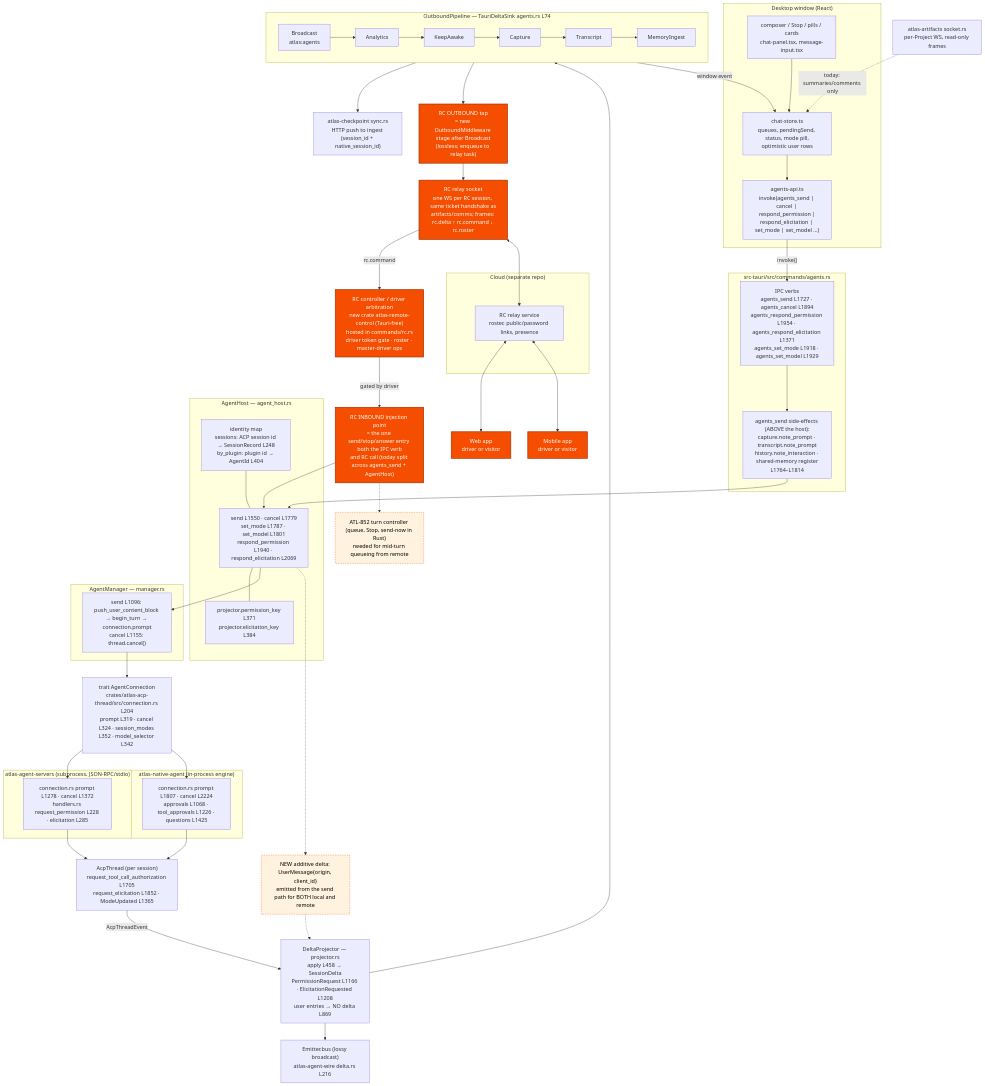
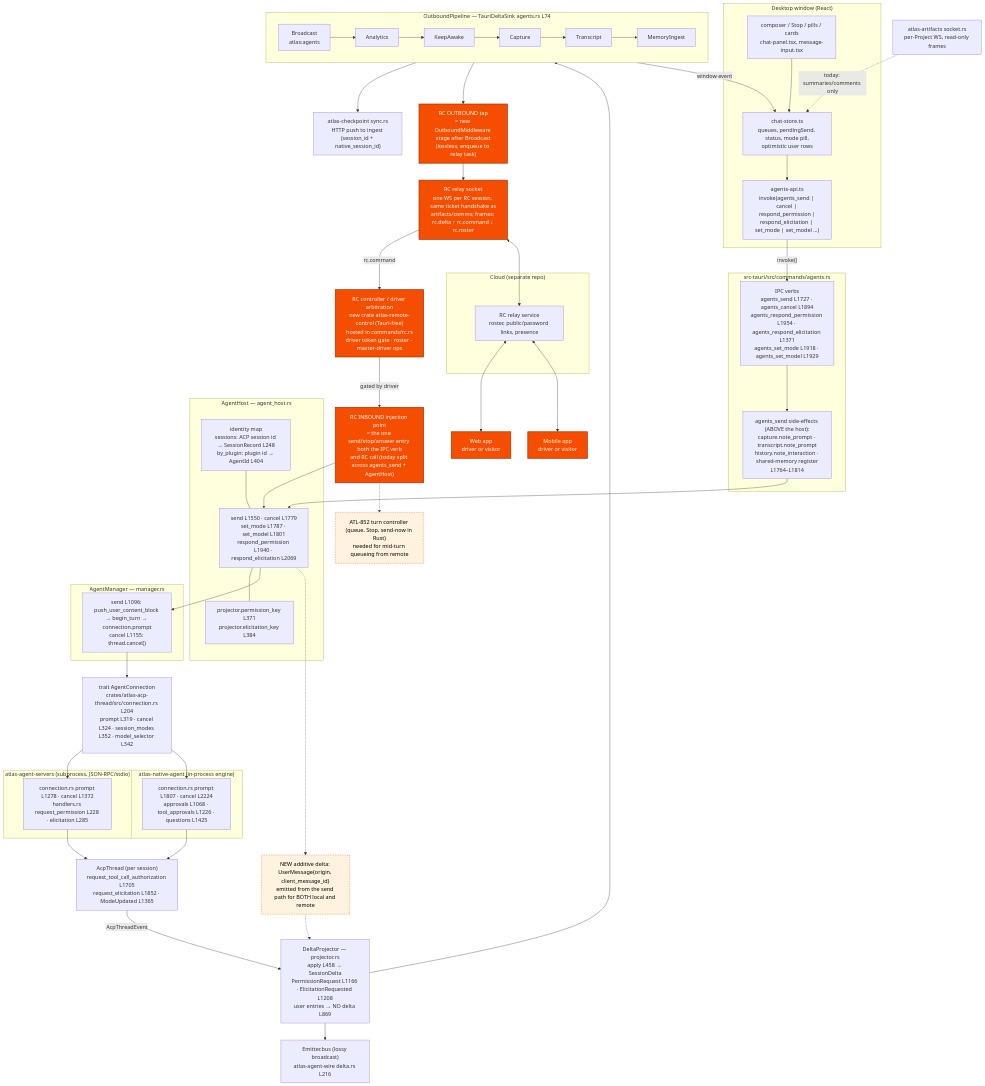
One commit to pacifio/atlas changed the diagram in docs/research/universal-rc-seam.md. Above: the diagram before and after it, drawn with Mermaid. The commit also changed 9 other files, not shown here.

```diff
--- a/docs/research/universal-rc-seam.md
+++ b/docs/research/universal-rc-seam.md
@@ -89,7 +89,7 @@
   rcin["RC INBOUND injection point<br/>= the one send/stop/answer entry both the IPC verb<br/>and RC call (today split across agents_send + AgentHost)"]:::rc
   rctap["RC OUTBOUND tap<br/>= new OutboundMiddleware stage after Broadcast<br/>(lossless; enqueue to relay task)"]:::rc
   rcsock["RC relay socket<br/>one WS per RC session, same ticket handshake as<br/>artifacts/comms; frames: rc.delta ↑ rc.command ↓ rc.roster"]:::rc
-  userdelta["NEW additive delta: UserMessage{origin, client_id}<br/>emitted from the send path for BOTH local and remote"]:::gap
+  userdelta["NEW additive delta: UserMessage{origin, client_message_id}<br/>emitted from the send path for BOTH local and remote"]:::gap
   turnctl["ATL-852 turn controller (queue, Stop, send-now in Rust)<br/>needed for mid-turn queueing from remote"]:::gap
 
   rcsock -- "rc.command" --> rcctl
```
